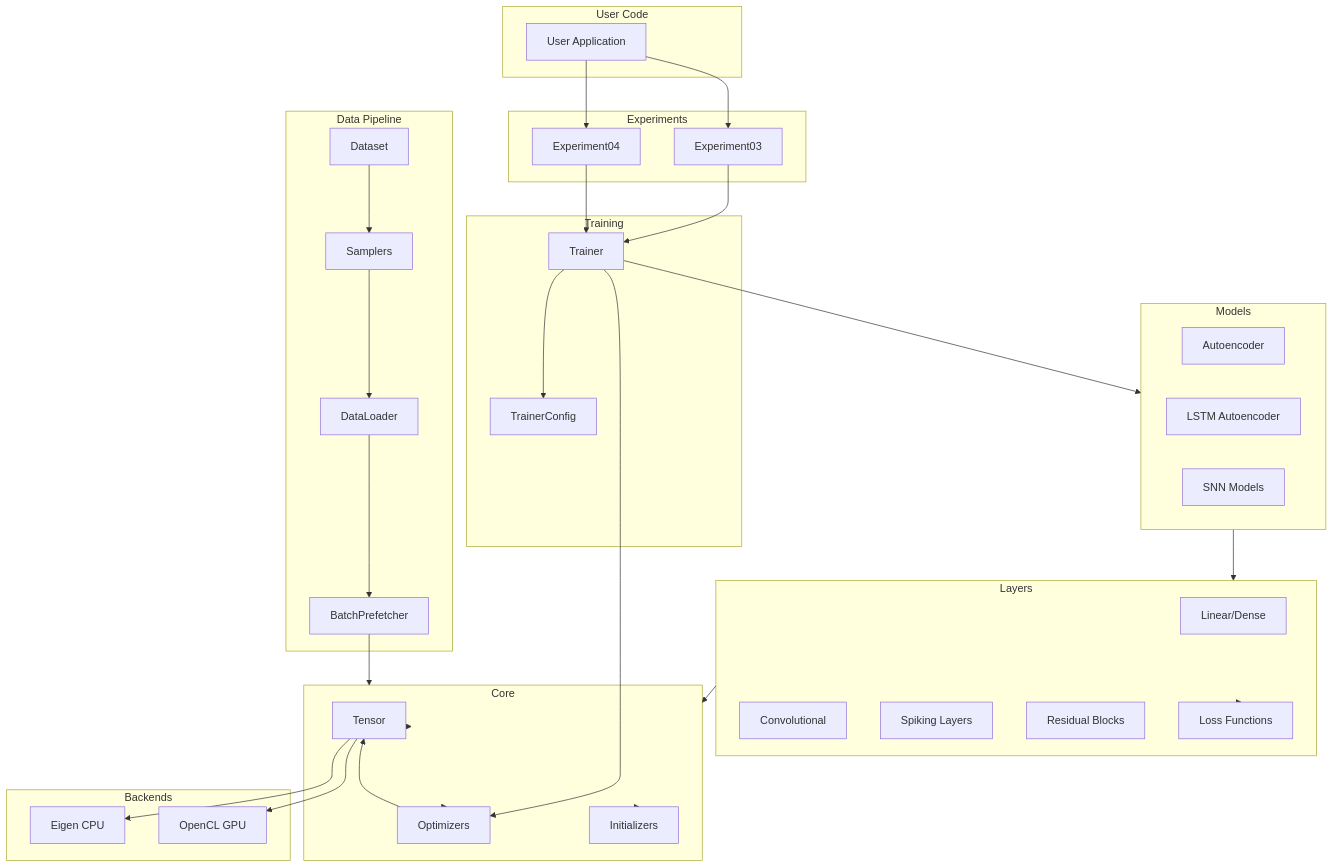
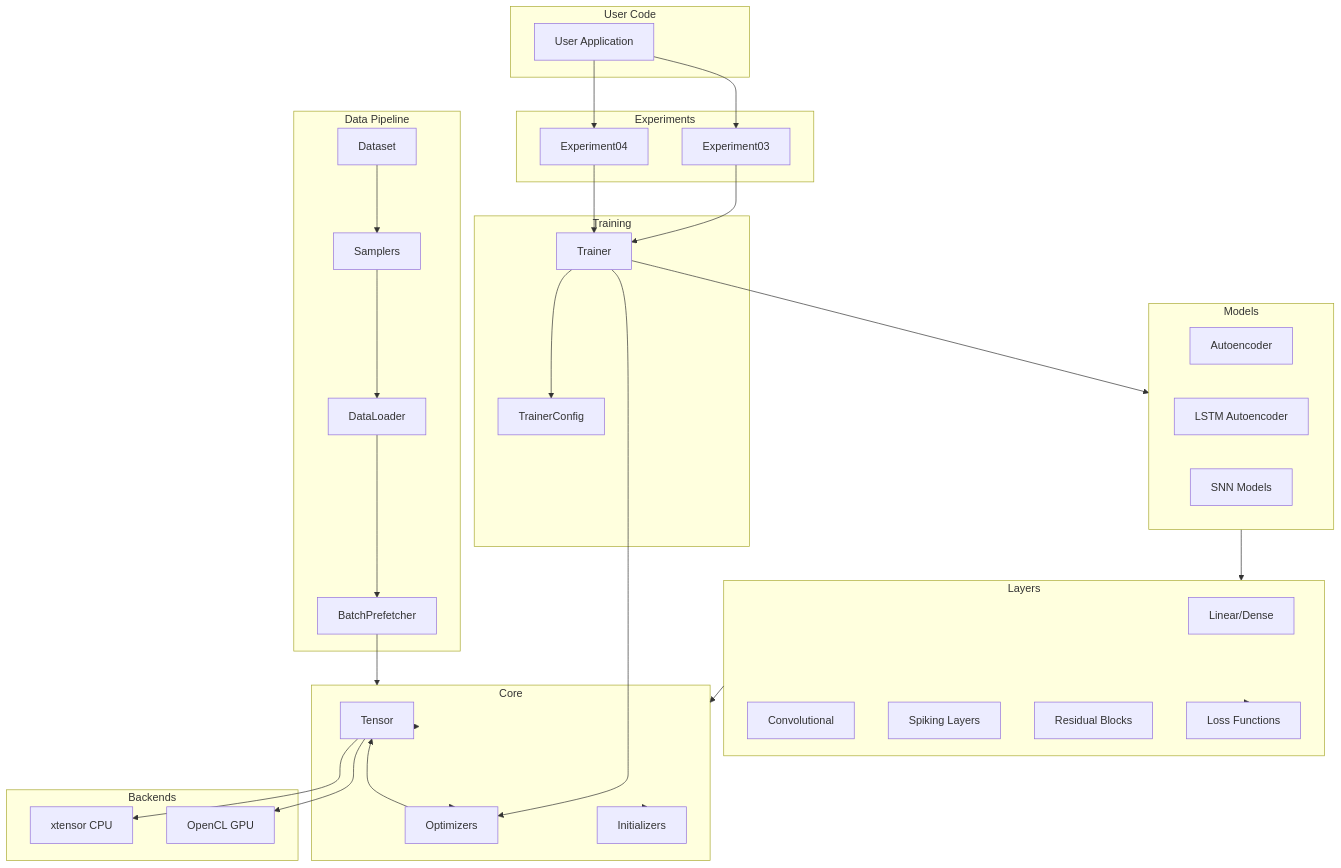
One commit to ensismoebius/doutorado changed the first of 3 diagrams in software/nn/.wiki/Architecture.md. Above: the diagram before and after it, drawn with Mermaid. The commit also changed other lines of this file and 119 other files, not shown here.

````diff
--- a/software/nn/.wiki/Architecture.md
+++ b/software/nn/.wiki/Architecture.md
@@ -17,75 +17,75 @@
 ```mermaid
 flowchart TB
     subgraph "User Code"
         User[User Application]
     end
 
     subgraph "Experiments"
         Exp03[Experiment03]
         Exp04[Experiment04]
     end
 
     subgraph "Training"
         Trainer[Trainer]
         Config[TrainerConfig]
     end
 
     subgraph "Models"
         AE[Autoencoder]
         LSTM[LSTM Autoencoder]
         SNN[SNN Models]
     end
 
     subgraph "Layers"
         Linear[Linear/Dense]
         Conv[Convolutional]
         Spiking[Spiking Layers]
         Residual[Residual Blocks]
         Loss[Loss Functions]
     end
 
     subgraph "Core"
         Tensor[Tensor]
         Optim[Optimizers]
         Init[Initializers]
     end
 
     subgraph "Data Pipeline"
         Dataset[Dataset]
         Sampler[Samplers]
         Loader[DataLoader]
         Prefetch[BatchPrefetcher]
     end
 
     subgraph "Backends"
-        Eigen[Eigen CPU]
+        xtensor[xtensor CPU]
         OpenCL[OpenCL GPU]
     end
 
     User --> Exp03
     User --> Exp04
 
     Exp03 --> Trainer
     Exp04 --> Trainer
 
     Trainer --> Config
     Trainer --> Models
     Trainer --> Optim
 
     Models --> Layers
     Layers --> Core
     Layers --> Loss
 
     Core --> Tensor
     Core --> Optim
     Core --> Init
 
     Dataset --> Sampler
     Sampler --> Loader
     Loader --> Prefetch
     Prefetch --> Core
 
-    Tensor --> Eigen
+    Tensor --> xtensor
     Tensor --> OpenCL
     Optim --> Tensor
 ```
````
